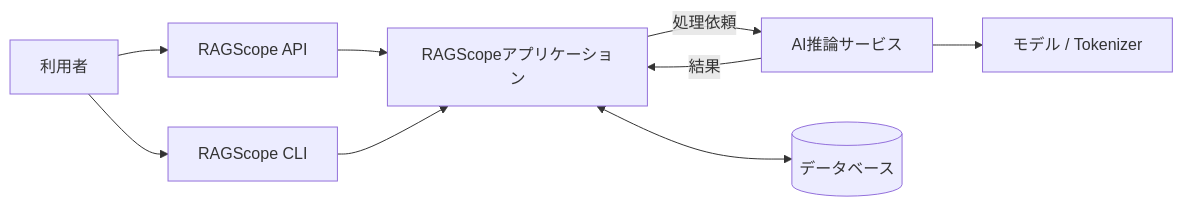
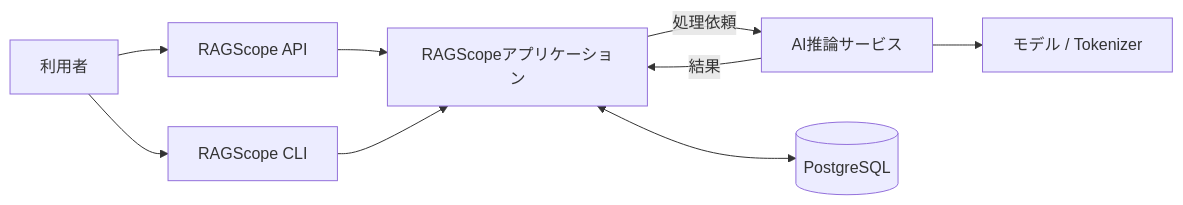
Before and after one commit to takashit16833/RAGScope: the first of 4 diagrams in project-docs/design/システムアーキテクチャ.md, drawn with Mermaid. The commit also changed other lines of this file and 64 other files, not shown here.

````diff
--- a/project-docs/design/システムアーキテクチャ.md
+++ b/project-docs/design/システムアーキテクチャ.md
@@ -21,20 +19,17 @@
 ```mermaid
 flowchart LR
     User["利用者"]
     API["RAGScope API"]
     CLI["RAGScope CLI"]
     Application["RAGScopeアプリケーション"]
     AI["AI推論サービス"]
-    DB[("データベース")]
+    DB[("PostgreSQL")]
     Models["モデル / Tokenizer"]
 
-    User --> API
-    User --> CLI
-    API --> Application
-    CLI --> Application
-
+    User --> API --> Application
+    User --> CLI --> Application
     Application <--> DB
     Application -->|"処理依頼"| AI
     AI -->|"結果"| Application
     AI --> Models
 ```
````
